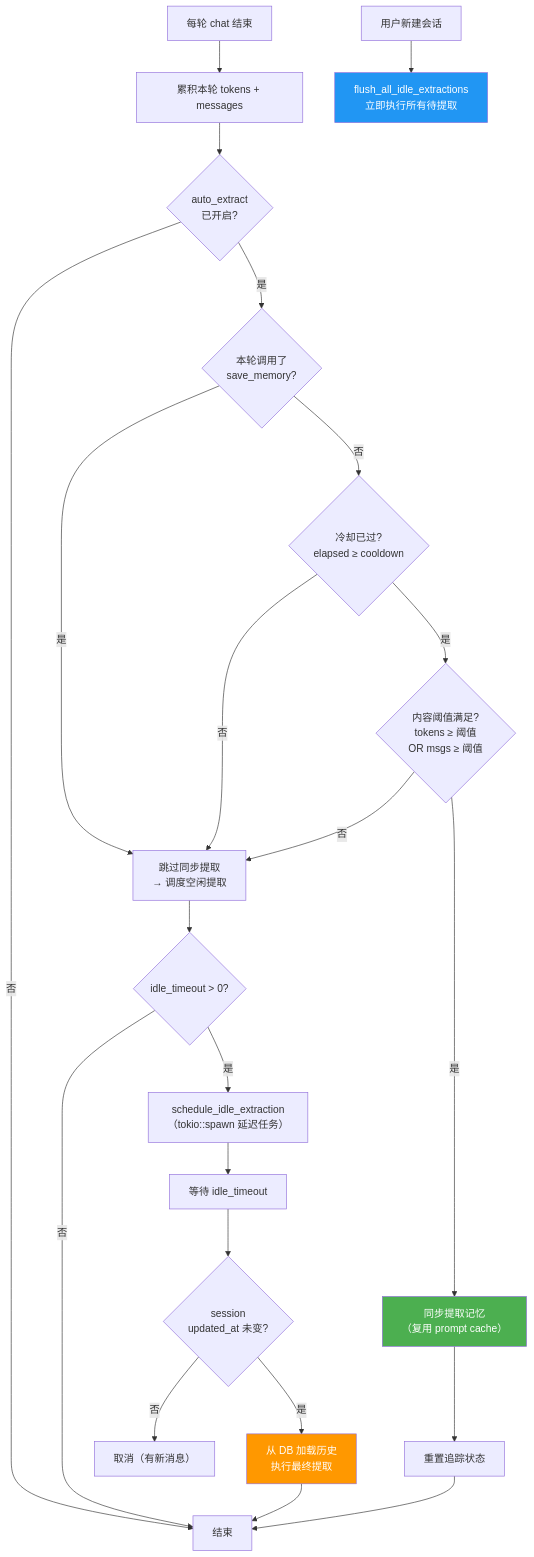
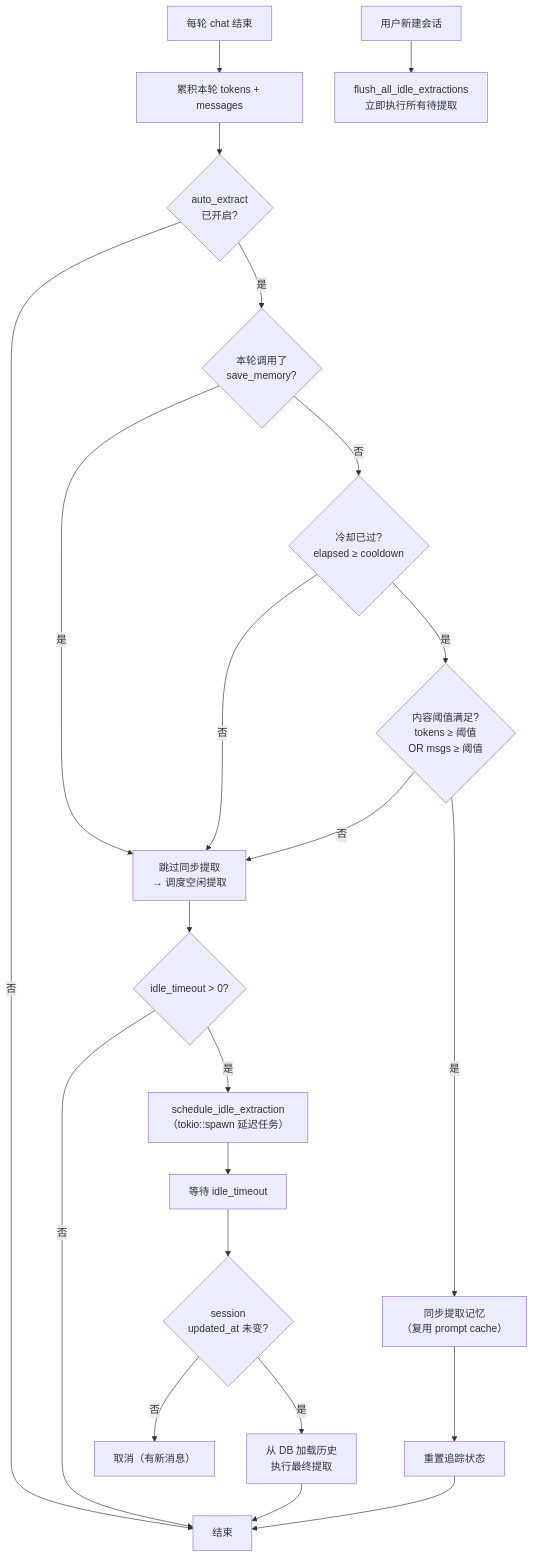
The second of 5 diagrams in docs/architecture/memory.md (shiwenwen/hope-agent), drawn with Mermaid before and after one commit. The commit also changed other lines of this file and 13 other files, not shown here.

First line of the commit message:
docs: 移除 mermaid 图表中的自定义背景色填充

````diff
--- a/docs/architecture/memory.md
+++ b/docs/architecture/memory.md
@@ -177,30 +174,27 @@
 ```mermaid
 flowchart TD
     Start["每轮 chat 结束"] --> Acc["累积本轮 tokens + messages"]
     Acc --> G1{"auto_extract<br/>已开启?"}
     G1 -- 否 --> End["结束"]
     G1 -- 是 --> G2{"本轮调用了<br/>save_memory?"}
     G2 -- 是 --> Idle["跳过同步提取<br/>→ 调度空闲提取"]
     G2 -- 否 --> G3{"冷却已过?<br/>elapsed ≥ cooldown"}
     G3 -- 否 --> Idle
     G3 -- 是 --> G4{"内容阈值满足?<br/>tokens ≥ 阈值<br/>OR msgs ≥ 阈值"}
     G4 -- 否 --> Idle
     G4 -- 是 --> Extract["同步提取记忆<br/>（复用 prompt cache）"]
     Extract --> Reset["重置追踪状态"]
     Reset --> End
 
     Idle --> IdleCheck{"idle_timeout > 0?"}
     IdleCheck -- 否 --> End
     IdleCheck -- 是 --> Schedule["schedule_idle_extraction<br/>（tokio::spawn 延迟任务）"]
     Schedule --> Wait["等待 idle_timeout"]
     Wait --> StillIdle{"session<br/>updated_at 未变?"}
     StillIdle -- 否 --> End2["取消（有新消息）"]
     StillIdle -- 是 --> IdleExtract["从 DB 加载历史<br/>执行最终提取"]
     IdleExtract --> End
 
     NewSession["用户新建会话"] --> Flush["flush_all_idle_extractions<br/>立即执行所有待提取"]
 
-    style Extract fill:#4CAF50,color:#fff
-    style IdleExtract fill:#FF9800,color:#fff
-    style Flush fill:#2196F3,color:#fff
 ```
````
